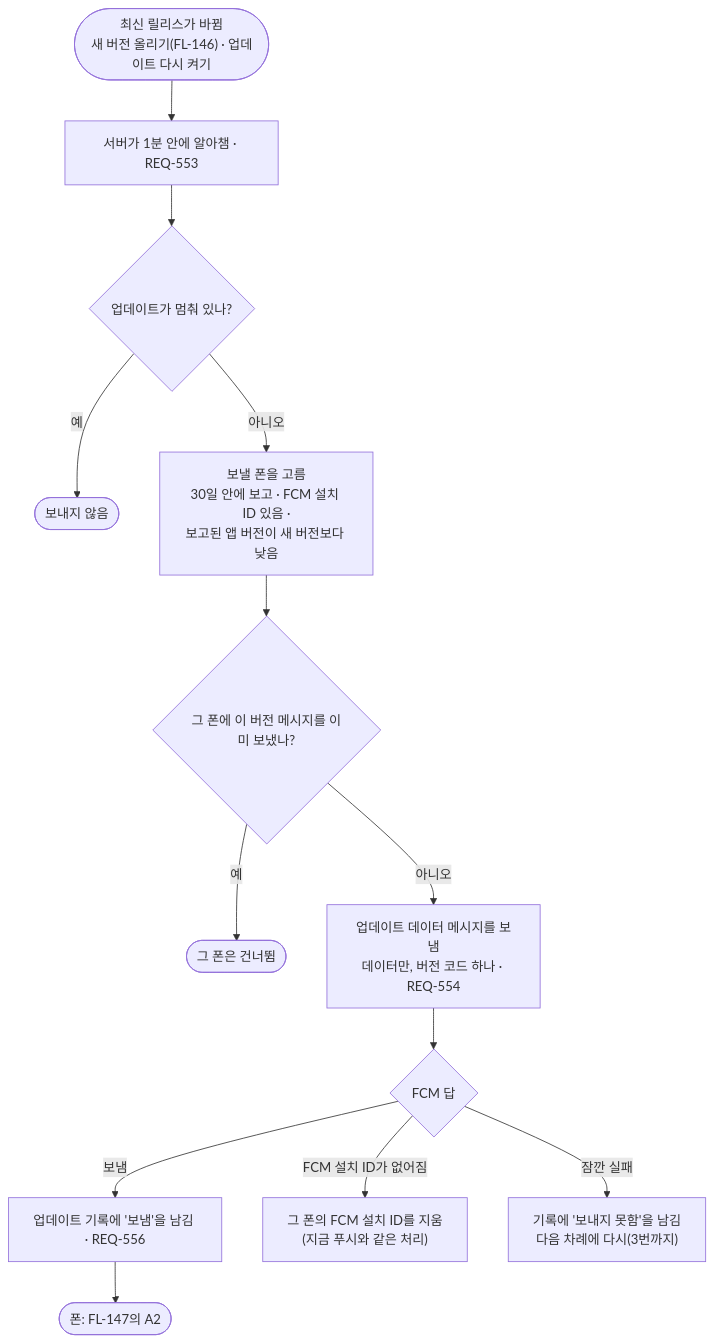
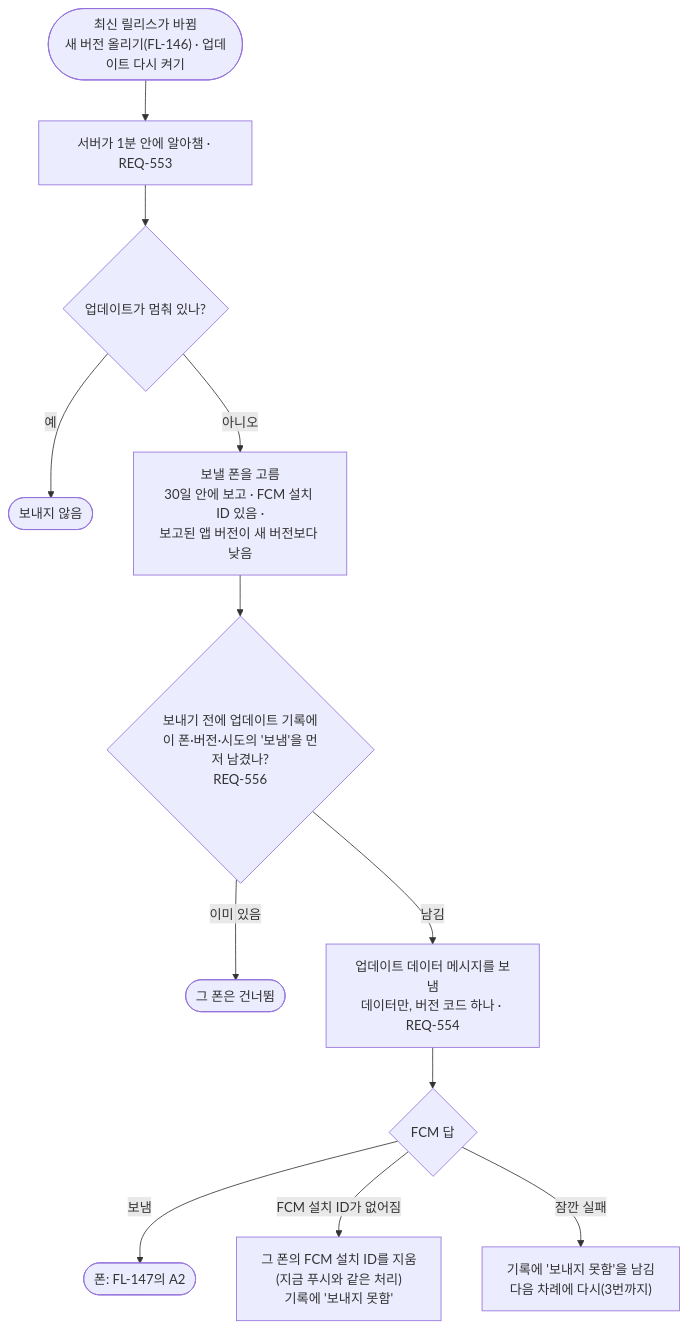
The diagram in docs/03-user-flow/FL-193-app-update-wake.md (kodonghui/marong2), drawn with Mermaid before and after one commit. The commit also changed other lines of this file and 9 other files, not shown here.

````diff
--- a/docs/03-user-flow/FL-193-app-update-wake.md
+++ b/docs/03-user-flow/FL-193-app-update-wake.md
@@ -9,15 +9,14 @@
 ```mermaid
 flowchart TD
   A(["최신 릴리스가 바뀜<br/>새 버전 올리기(FL-146) · 업데이트 다시 켜기"]) --> B["서버가 1분 안에 알아챔 · REQ-553"]
   B --> C{"업데이트가 멈춰 있나?"}
   C -->|예| Z(["보내지 않음"])
   C -->|아니오| D["보낼 폰을 고름<br/>30일 안에 보고 · FCM 설치 ID 있음 ·<br/>보고된 앱 버전이 새 버전보다 낮음"]
-  D --> E{"그 폰에 이 버전 메시지를 이미 보냈나?"}
-  E -->|예| Z2(["그 폰은 건너뜀"])
-  E -->|아니오| F["업데이트 데이터 메시지를 보냄<br/>데이터만, 버전 코드 하나 · REQ-554"]
+  D --> E{"보내기 전에 업데이트 기록에<br/>이 폰·버전·시도의 '보냄'을 먼저 남겼나?<br/>REQ-556"}
+  E -->|"이미 있음"| Z2(["그 폰은 건너뜀"])
+  E -->|"남김"| F["업데이트 데이터 메시지를 보냄<br/>데이터만, 버전 코드 하나 · REQ-554"]
   F --> G{"FCM 답"}
-  G -->|보냄| H["업데이트 기록에 '보냄'을 남김 · REQ-556"]
-  G -->|"FCM 설치 ID가 없어짐"| I["그 폰의 FCM 설치 ID를 지움<br/>(지금 푸시와 같은 처리)"]
+  G -->|보냄| K(["폰: FL-147의 A2"])
+  G -->|"FCM 설치 ID가 없어짐"| I["그 폰의 FCM 설치 ID를 지움<br/>(지금 푸시와 같은 처리)<br/>기록에 '보내지 못함'"]
   G -->|"잠깐 실패"| J["기록에 '보내지 못함'을 남김<br/>다음 차례에 다시(3번까지)"]
-  H --> K(["폰: FL-147의 A2"])
 ```
````
